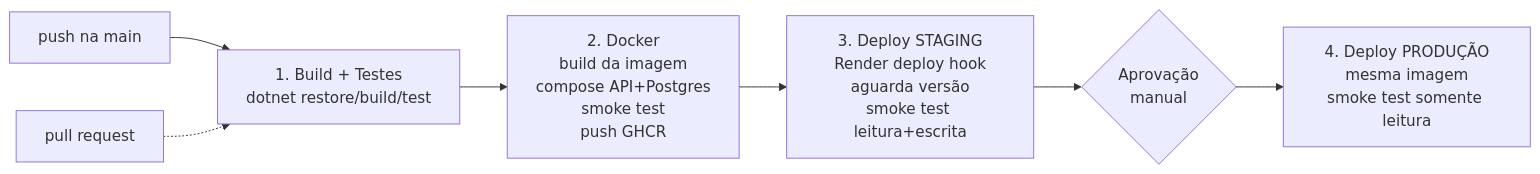
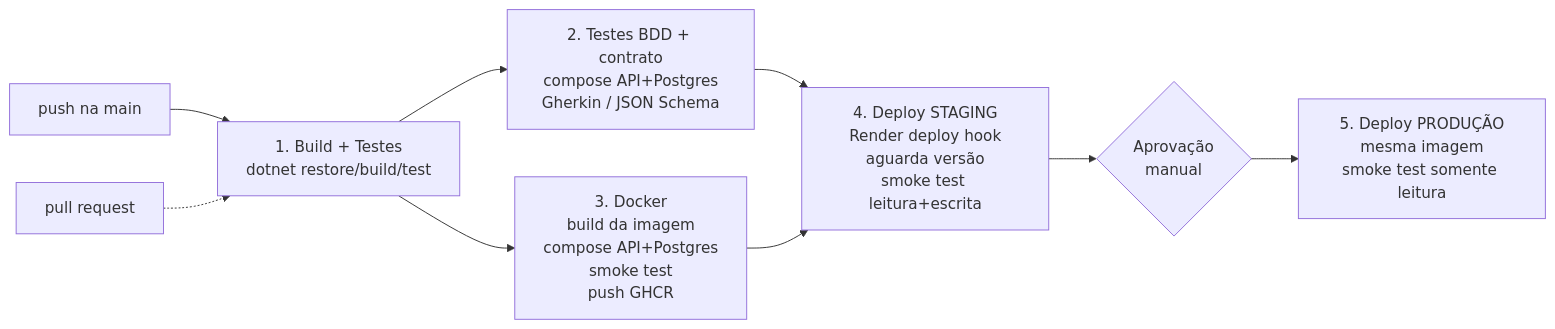
The diagram in README.md (Guschmidt19/cidades-esg-inteligentes), drawn with Mermaid before and after one commit. The commit also changed other lines of this file and 47 other files, not shown here.

Commit message:
Testes automatizados BDD + contrato (Gherkin, Reqnroll, JSON Schema)

````diff
--- a/README.md
+++ b/README.md
@@ -86,9 +116,11 @@
 ```mermaid
 flowchart LR
     A[push na main] --> B["1. Build + Testes<br/>dotnet restore/build/test"]
-    B --> C["2. Docker<br/>build da imagem<br/>compose API+Postgres<br/>smoke test<br/>push GHCR"]
-    C --> D["3. Deploy STAGING<br/>Render deploy hook<br/>aguarda versão<br/>smoke test leitura+escrita"]
+    B --> T["2. Testes BDD + contrato<br/>compose API+Postgres<br/>Gherkin / JSON Schema"]
+    B --> C["3. Docker<br/>build da imagem<br/>compose API+Postgres<br/>smoke test<br/>push GHCR"]
+    T --> D["4. Deploy STAGING<br/>Render deploy hook<br/>aguarda versão<br/>smoke test leitura+escrita"]
+    C --> D
     D --> E{"Aprovação<br/>manual"}
-    E --> F["4. Deploy PRODUÇÃO<br/>mesma imagem<br/>smoke test somente leitura"]
+    E --> F["5. Deploy PRODUÇÃO<br/>mesma imagem<br/>smoke test somente leitura"]
     PR[pull request] -.-> B
 ```
````
